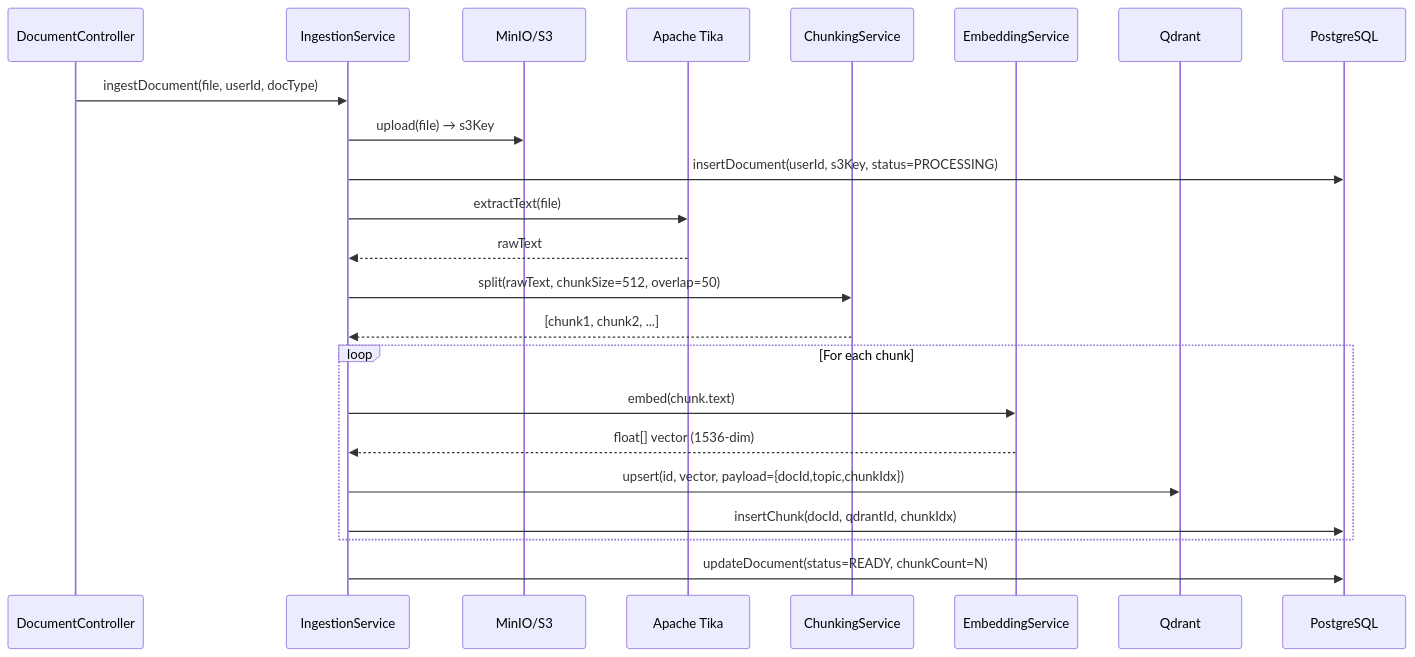
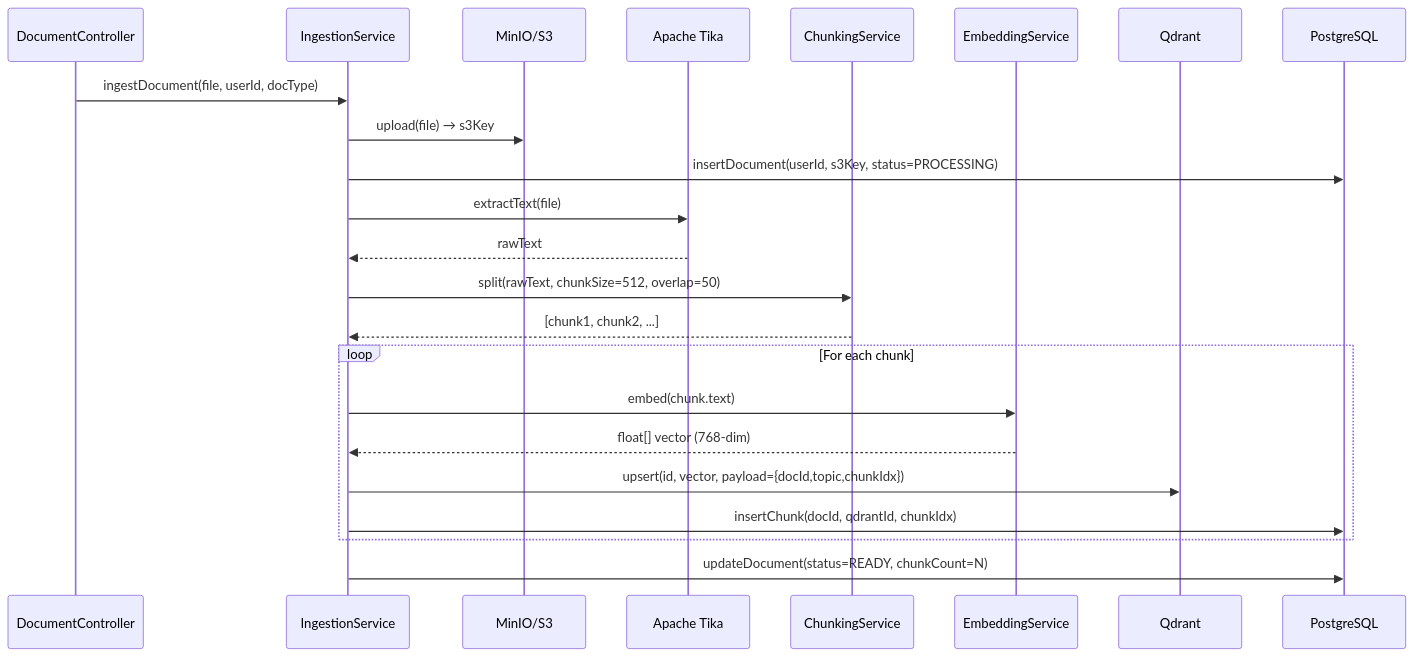
One commit to aryan19jaiswal/marxAI changed the fourth of 7 diagrams in design/LOW_LEVEL_ARCHITECTURE.md. Above: the diagram before and after it, drawn with Mermaid. The commit also changed other lines of this file and 12 other files, not shown here.

````diff
--- a/design/LOW_LEVEL_ARCHITECTURE.md
+++ b/design/LOW_LEVEL_ARCHITECTURE.md
@@ -244,26 +244,26 @@
 ```mermaid
 sequenceDiagram
     participant API as DocumentController
     participant IS as IngestionService
     participant S3 as MinIO/S3
     participant TIKA as Apache Tika
     participant CHUNK as ChunkingService
     participant EMB as EmbeddingService
     participant QD as Qdrant
     participant PG as PostgreSQL
 
     API->>IS: ingestDocument(file, userId, docType)
     IS->>S3: upload(file) → s3Key
     IS->>PG: insertDocument(userId, s3Key, status=PROCESSING)
     IS->>TIKA: extractText(file)
     TIKA-->>IS: rawText
     IS->>CHUNK: split(rawText, chunkSize=512, overlap=50)
     CHUNK-->>IS: [chunk1, chunk2, ...]
     loop For each chunk
         IS->>EMB: embed(chunk.text)
-        EMB-->>IS: float[] vector (1536-dim)
+        EMB-->>IS: float[] vector (768-dim)
         IS->>QD: upsert(id, vector, payload={docId,topic,chunkIdx})
         IS->>PG: insertChunk(docId, qdrantId, chunkIdx)
     end
     IS->>PG: updateDocument(status=READY, chunkCount=N)
 ```
````
